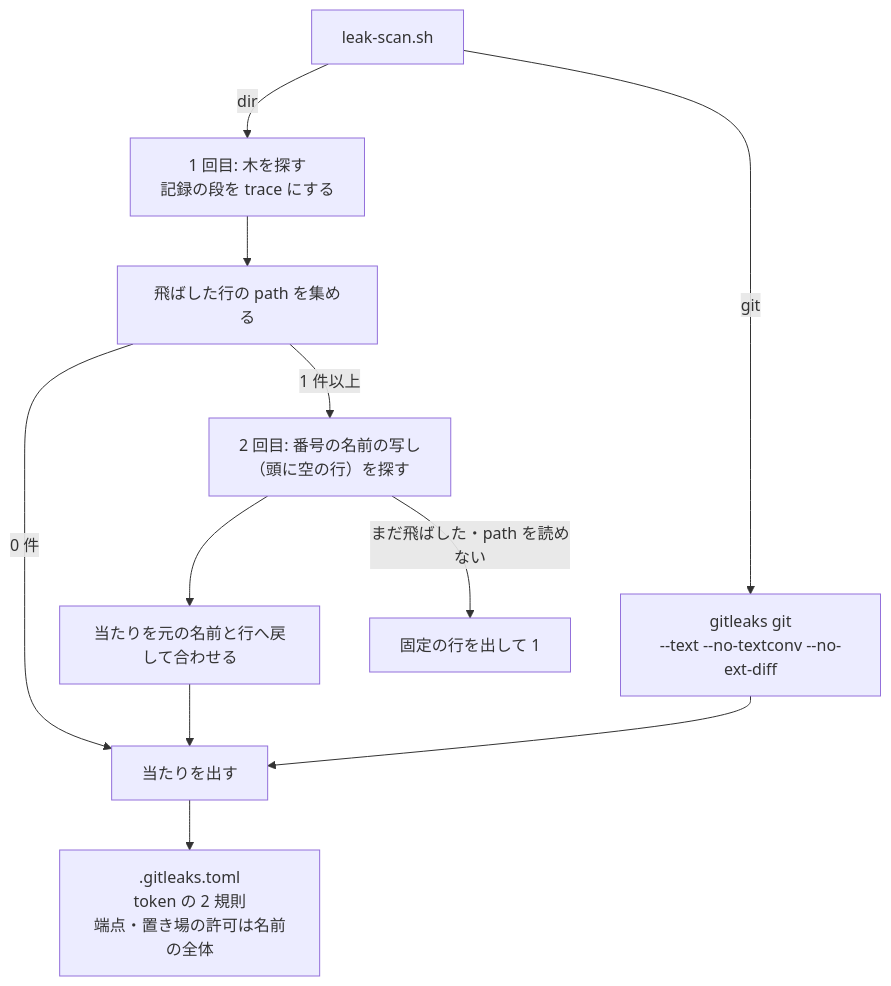
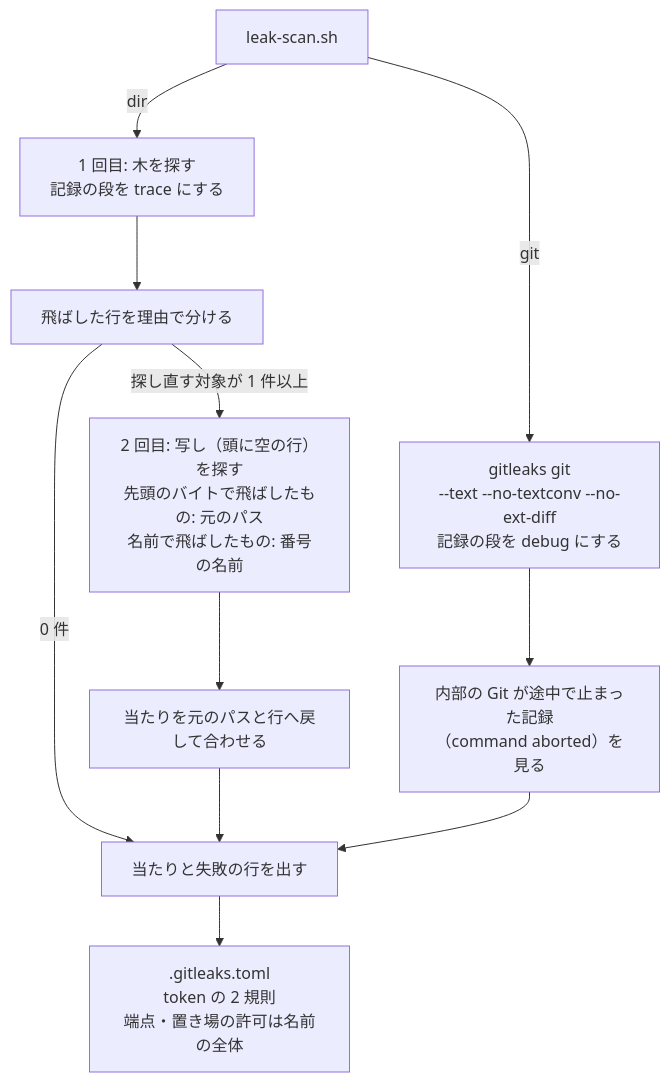
The second of 3 diagrams in issues/issue-98-design.md (devbasex/nd-factory), drawn with Mermaid before and after one commit. The commit also changed other lines of this file, not shown here.

````diff
--- a/issues/issue-98-design.md
+++ b/issues/issue-98-design.md
@@ -63,13 +63,13 @@
 ```mermaid
 flowchart TD
-    scan["leak-scan.sh"] -->|git| ggit["gitleaks git<br/>--text --no-textconv --no-ext-diff"]
+    scan["leak-scan.sh"] -->|git| ggit["gitleaks git<br/>--text --no-textconv --no-ext-diff<br/>記録の段を debug にする"]
+    ggit --> gchk["内部の Git が途中で止まった記録<br/>（command aborted）を見る"]
     scan -->|dir| p1["1 回目: 木を探す<br/>記録の段を trace にする"]
-    p1 --> pick["飛ばした行の path を集める"]
-    pick -->|1 件以上| p2["2 回目: 番号の名前の写し<br/>（頭に空の行）を探す"]
-    p2 --> merge["当たりを元の名前と行へ戻して合わせる"]
-    pick -->|0 件| out["当たりを出す"]
+    p1 --> pick["飛ばした行を理由で分ける"]
+    pick -->|探し直す対象が 1 件以上| p2["2 回目: 写し（頭に空の行）を探す<br/>先頭のバイトで飛ばしたもの: 元のパス<br/>名前で飛ばしたもの: 番号の名前"]
+    p2 --> merge["当たりを元のパスと行へ戻して合わせる"]
+    pick -->|0 件| out["当たりと失敗の行を出す"]
     merge --> out
-    p2 -->|まだ飛ばした・path を読めない| fail["固定の行を出して 1"]
-    ggit --> out
+    gchk --> out
     out --> rules[".gitleaks.toml<br/>token の 2 規則<br/>端点・置き場の許可は名前の全体"]
 ```
````
